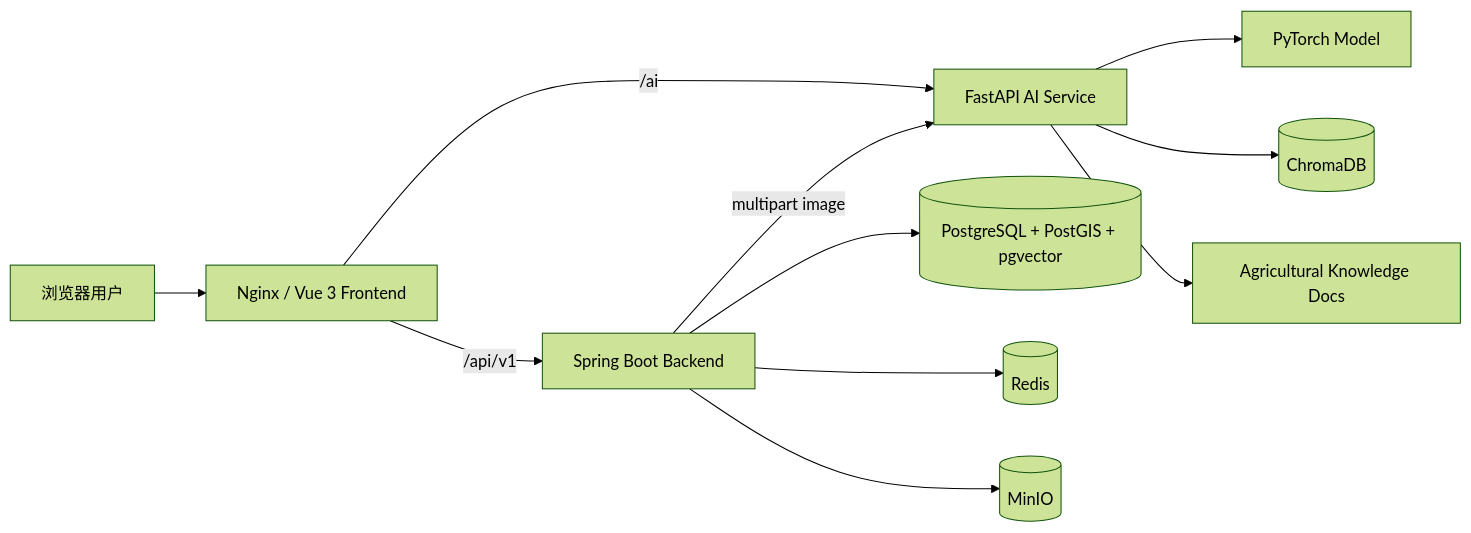
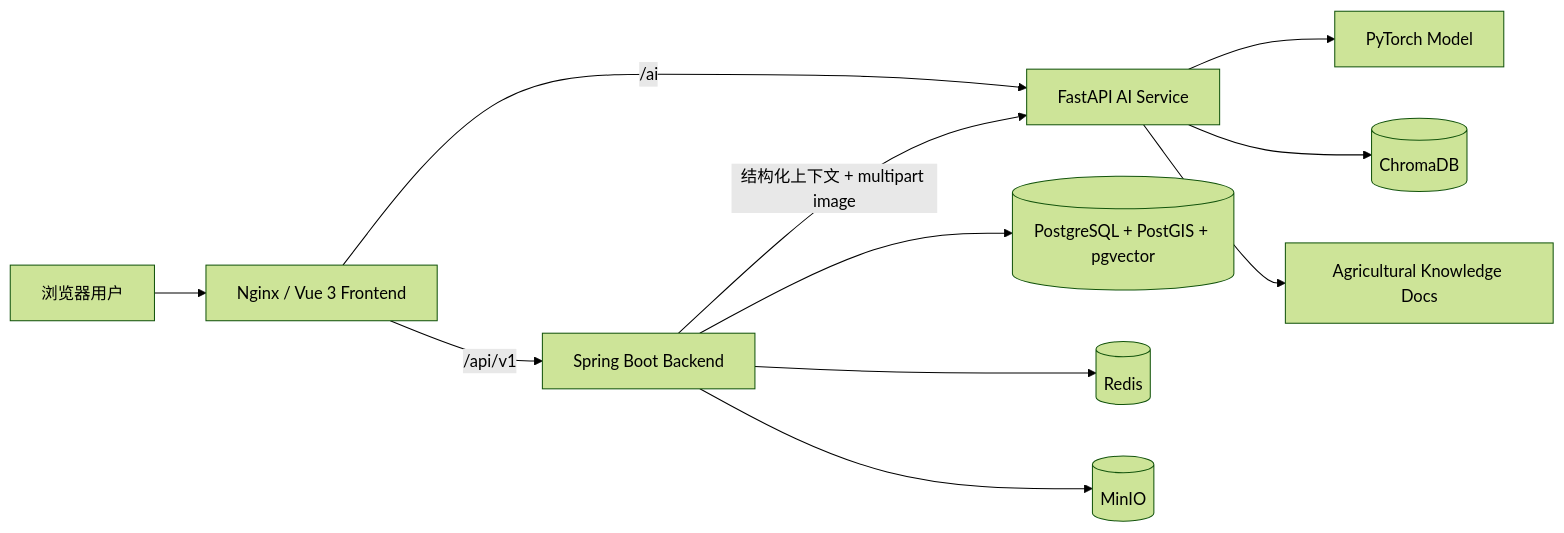
Before and after one commit to anjielina-11/-: the first of 4 diagrams in docs/architecture.md, drawn with Mermaid (forest theme). The commit also changed other lines of this file and 24 other files, not shown here.

````diff
--- a/docs/architecture.md
+++ b/docs/architecture.md
@@ -5,13 +5,13 @@
 ```mermaid
 flowchart LR
     U["浏览器用户"] --> N["Nginx / Vue 3 Frontend"]
     N -->|/api/v1| B["Spring Boot Backend"]
     N -->|/ai| A["FastAPI AI Service"]
     B --> P[("PostgreSQL + PostGIS + pgvector")]
     B --> R[("Redis")]
     B --> M[("MinIO")]
-    B -->|multipart image| A
+    B -->|结构化上下文 + multipart image| A
     A --> T["PyTorch Model"]
     A --> C[("ChromaDB")]
     A --> K["Agricultural Knowledge Docs"]
 ```
````
